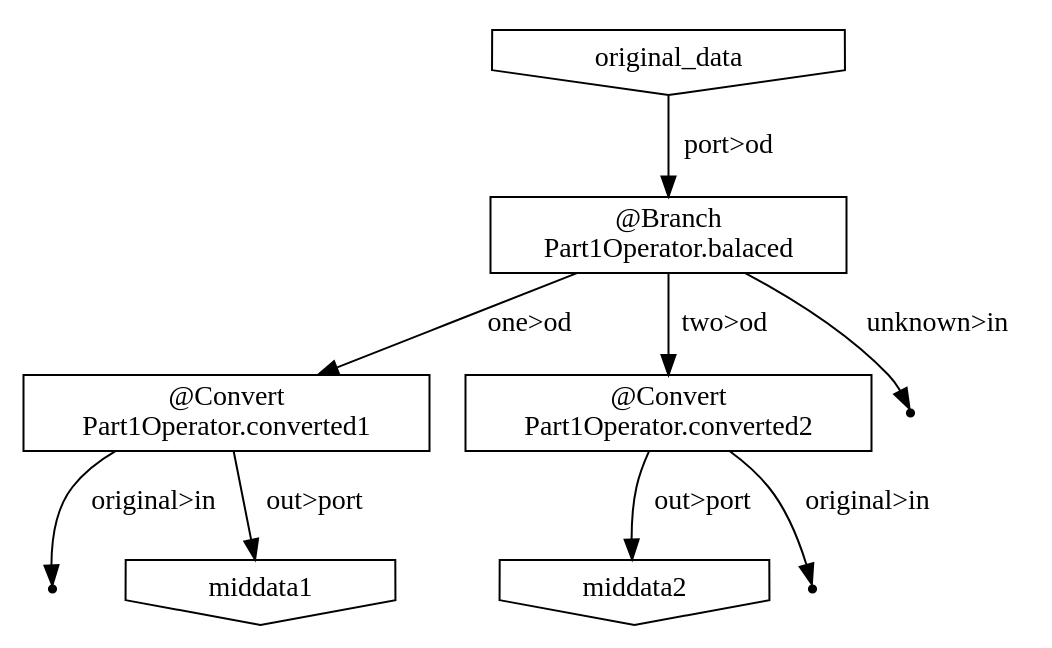
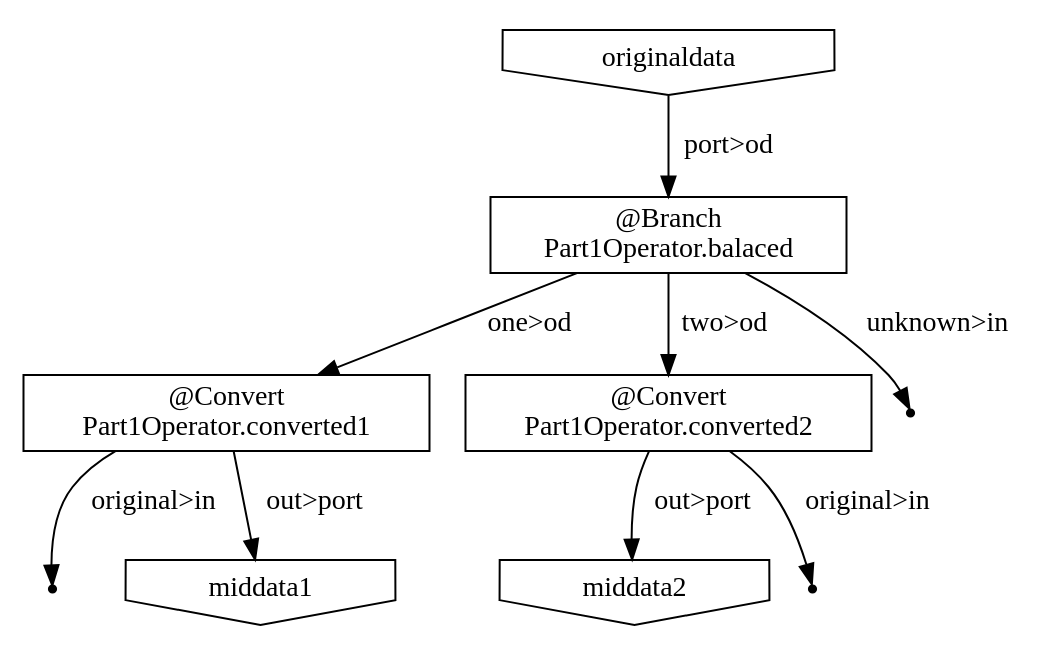
Before and after one commit to ironpeace/AsakusaFlowPartSample: the diagram in target/testdriver/batchcwork/bin/META-INF/visualize/flowgraph.dot, drawn with Graphviz. The commit also changed 19 other files, not shown here.

```diff
--- a/target/testdriver/batchcwork/bin/META-INF/visualize/flowgraph.dot
+++ b/target/testdriver/batchcwork/bin/META-INF/visualize/flowgraph.dot
@@ -1,19 +1,19 @@
 digraph {
-    "746e95e4-ac8c-44ca-9ed9-84f00c9f6696" [shape=invhouse, label="middata2"];
-    "45640afb-08b4-49fc-8707-6c07f7d7589c" [shape=box, label="@Convert\nPart1Operator.converted1"];
-    "ba9e7f3b-2200-4943-a322-d3f2228c5575" [shape=box, label="@Branch\nPart1Operator.balaced"];
-    "1652bb8b-3d46-4108-a76a-4baf5b3b75e0" [shape=point];
-    "14a6cd70-f0b0-4b8e-b624-b8b8d6cb206c" [shape=box, label="@Convert\nPart1Operator.converted2"];
-    "60a85c35-e08a-4f17-adfd-6f492ac315ac" [shape=invhouse, label="original_data"];
-    "ce3724d8-90ea-4641-8dd5-28650b2754bf" [shape=point];
-    "30799e44-e6ec-4563-8658-0f6f839e8b5d" [shape=invhouse, label="middata1"];
-    "2b959bd1-0b2c-4a9a-8609-664000d63185" [shape=point];
-    "45640afb-08b4-49fc-8707-6c07f7d7589c" -> "ce3724d8-90ea-4641-8dd5-28650b2754bf" [label="original>in"];
-    "45640afb-08b4-49fc-8707-6c07f7d7589c" -> "30799e44-e6ec-4563-8658-0f6f839e8b5d" [label="out>port"];
-    "ba9e7f3b-2200-4943-a322-d3f2228c5575" -> "45640afb-08b4-49fc-8707-6c07f7d7589c" [label="one>od"];
-    "ba9e7f3b-2200-4943-a322-d3f2228c5575" -> "14a6cd70-f0b0-4b8e-b624-b8b8d6cb206c" [label="two>od"];
-    "ba9e7f3b-2200-4943-a322-d3f2228c5575" -> "2b959bd1-0b2c-4a9a-8609-664000d63185" [label="unknown>in"];
-    "14a6cd70-f0b0-4b8e-b624-b8b8d6cb206c" -> "1652bb8b-3d46-4108-a76a-4baf5b3b75e0" [label="original>in"];
-    "14a6cd70-f0b0-4b8e-b624-b8b8d6cb206c" -> "746e95e4-ac8c-44ca-9ed9-84f00c9f6696" [label="out>port"];
-    "60a85c35-e08a-4f17-adfd-6f492ac315ac" -> "ba9e7f3b-2200-4943-a322-d3f2228c5575" [label="port>od"];
+    "61f979d7-d65b-485e-899d-97e38c016881" [shape=invhouse, label="middata2"];
+    "34677e41-dbe1-4314-8c5a-74dd0dbcc5ed" [shape=box, label="@Convert\nPart1Operator.converted1"];
+    "4f714891-4a5d-4678-af6f-415ed32aee78" [shape=box, label="@Branch\nPart1Operator.balaced"];
+    "2fef744f-c73c-46de-ae4f-bf551d6a7d18" [shape=point];
+    "8e477299-cd5c-4122-a0df-31c06a5d2dc3" [shape=box, label="@Convert\nPart1Operator.converted2"];
+    "63ce9b54-72e4-4353-bae2-48078ed3da04" [shape=invhouse, label="originaldata"];
+    "a1efd4c9-f2e7-4ac4-b4eb-f3c596e7e0a3" [shape=point];
+    "cbecf843-eba3-48f3-9a41-a69ec9fbf2bb" [shape=invhouse, label="middata1"];
+    "cfa0b5f4-4613-4570-ba47-494bbdc5f02c" [shape=point];
+    "34677e41-dbe1-4314-8c5a-74dd0dbcc5ed" -> "a1efd4c9-f2e7-4ac4-b4eb-f3c596e7e0a3" [label="original>in"];
+    "34677e41-dbe1-4314-8c5a-74dd0dbcc5ed" -> "cbecf843-eba3-48f3-9a41-a69ec9fbf2bb" [label="out>port"];
+    "4f714891-4a5d-4678-af6f-415ed32aee78" -> "34677e41-dbe1-4314-8c5a-74dd0dbcc5ed" [label="one>od"];
+    "4f714891-4a5d-4678-af6f-415ed32aee78" -> "8e477299-cd5c-4122-a0df-31c06a5d2dc3" [label="two>od"];
+    "4f714891-4a5d-4678-af6f-415ed32aee78" -> "cfa0b5f4-4613-4570-ba47-494bbdc5f02c" [label="unknown>in"];
+    "8e477299-cd5c-4122-a0df-31c06a5d2dc3" -> "2fef744f-c73c-46de-ae4f-bf551d6a7d18" [label="original>in"];
+    "8e477299-cd5c-4122-a0df-31c06a5d2dc3" -> "61f979d7-d65b-485e-899d-97e38c016881" [label="out>port"];
+    "63ce9b54-72e4-4353-bae2-48078ed3da04" -> "4f714891-4a5d-4678-af6f-415ed32aee78" [label="port>od"];
 }
```
